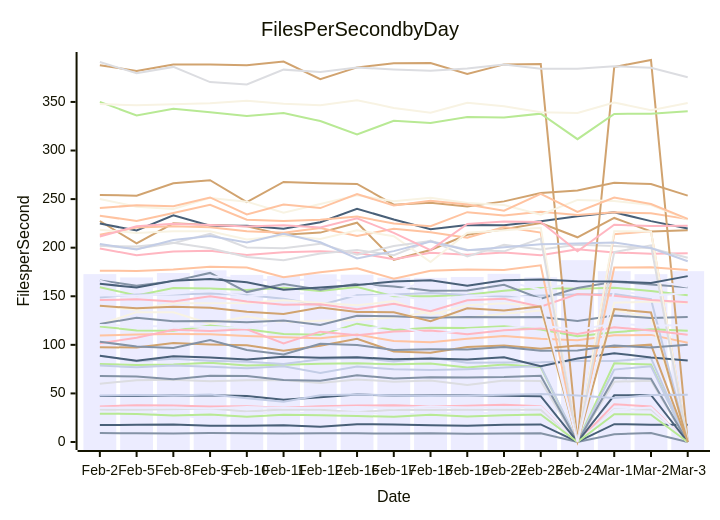
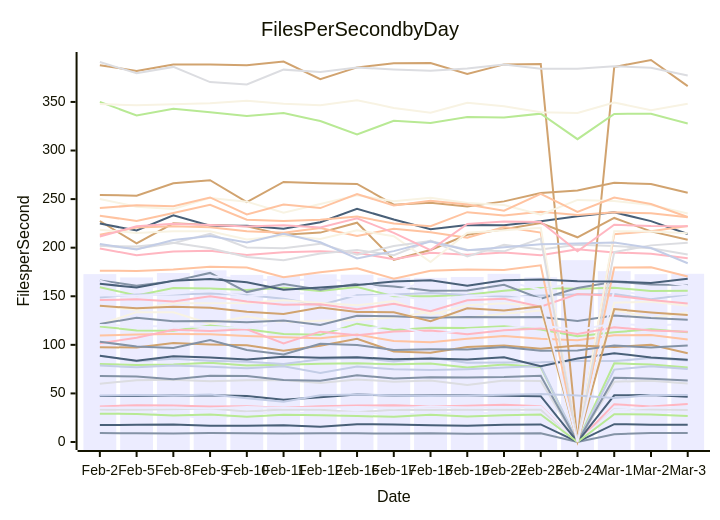
Before and after one commit to streetsidesoftware/cspell: the diagram in perf-report.md, drawn with Mermaid. The commit also changed other lines of this file and 1 other file, not shown here.

````diff
--- a/perf-report.md
+++ b/perf-report.md
@@ -10,57 +10,57 @@
 ```mermaid
 xychart-beta
     title Files Per Second by Day
     y-axis Files per Second
     x-axis Date [Feb-2, Feb-5, Feb-8, Feb-9, Feb-10, Feb-11, Feb-12, Feb-16, Feb-17, Feb-18, Feb-19, Feb-22, Feb-23, Feb-24, Mar-1, Mar-2, Mar-3]
-    bar [172.76, 169.39, 173.94, 176.68, 172.01, 170.80, 172.59, 172.20, 169.11, 168.97, 169.87, 173.10, 169.52, 187.14, 175.84, 172.73, 175.83]
-    line [9.14, 9.10, 8.87, 9.39, 9.10, 8.79, 9.11, 8.93, 8.64, 9.05, 8.51, 8.78, 8.98, 0.00, 8.08, 9.30, 0.00]
-    line [109.65, 110.63, 111.16, 110.94, 109.21, 107.83, 106.68, 110.60, 103.95, 102.58, 106.20, 108.99, 106.23, 104.62, 109.75, 110.24, 102.23]
-    line [33.23, 33.25, 33.77, 34.38, 31.28, 33.43, 33.24, 30.53, 33.31, 33.04, 33.28, 33.21, 33.17, 0.00, 33.83, 33.53, 0.00]
-    line [80.34, 79.32, 79.86, 81.63, 78.70, 79.41, 80.42, 80.99, 80.08, 80.78, 76.61, 79.69, 77.15, 0.00, 81.09, 79.76, 0.00]
-    line [227.45, 204.37, 225.14, 223.42, 222.08, 213.20, 215.50, 225.73, 187.50, 197.59, 213.32, 219.03, 225.40, 210.70, 230.59, 216.76, 217.85]
-    line [88.66, 83.22, 85.59, 83.52, 82.54, 80.25, 85.24, 86.74, 82.84, 86.83, 81.45, 81.71, 81.96, 83.41, 83.27, 86.38, 0.00]
-    line [199.11, 192.32, 196.15, 196.80, 192.49, 195.28, 196.29, 194.83, 188.10, 194.84, 192.66, 195.15, 192.32, 198.30, 195.10, 193.76, 194.27]
-    line [224.86, 217.64, 233.33, 222.49, 222.54, 219.50, 226.16, 240.10, 228.96, 219.08, 223.33, 223.11, 227.19, 232.41, 236.43, 227.34, 219.68]
-    line [121.09, 133.64, 133.48, 121.84, 129.06, 122.93, 124.68, 125.50, 128.25, 133.90, 127.83, 131.88, 135.36, 0.00, 136.13, 127.67, 0.00]
-    line [31.08, 29.80, 28.87, 23.26, 29.91, 29.82, 30.05, 30.35, 28.52, 29.28, 29.65, 29.97, 29.42, 0.00, 30.75, 30.31, 0.00]
-    line [121.54, 127.82, 124.27, 124.62, 123.31, 125.03, 120.42, 129.98, 129.47, 127.87, 128.69, 128.42, 128.71, 124.50, 130.30, 127.54, 128.65]
-    line [232.76, 227.56, 235.60, 244.14, 228.71, 227.46, 228.82, 232.02, 224.80, 222.16, 236.53, 233.14, 236.87, 233.63, 236.34, 235.42, 229.40]
-    line [201.87, 201.12, 204.97, 199.43, 190.33, 187.01, 193.91, 197.53, 192.34, 207.35, 190.87, 203.05, 198.23, 203.08, 201.82, 199.42, 189.65]
-    line [159.34, 150.93, 158.41, 157.97, 156.56, 158.71, 155.41, 159.62, 150.02, 150.05, 151.55, 155.58, 158.55, 157.69, 158.64, 155.43, 151.15]
-    line [254.20, 253.57, 266.34, 269.39, 246.86, 267.66, 266.35, 265.66, 244.28, 246.16, 242.48, 247.66, 256.36, 258.77, 266.75, 265.54, 253.58]
-    line [148.70, 151.93, 151.71, 152.93, 151.27, 147.55, 140.92, 151.13, 151.76, 153.31, 151.18, 149.85, 150.69, 151.72, 152.23, 147.00, 0.00]
-    line [36.65, 37.87, 37.52, 36.62, 36.71, 35.21, 36.78, 37.62, 37.74, 36.57, 37.30, 38.24, 36.77, 0.00, 38.95, 36.53, 0.00]
-    line [17.39, 17.79, 18.01, 16.74, 16.81, 17.17, 15.81, 18.35, 18.08, 17.18, 16.76, 17.88, 18.10, 0.00, 18.36, 17.88, 17.75]
-    line [140.14, 135.87, 142.86, 142.75, 143.10, 145.82, 143.11, 140.65, 144.98, 130.98, 140.65, 142.78, 139.39, 0.00, 143.34, 144.48, 142.96]
-    line [35.24, 35.24, 35.29, 34.51, 36.01, 35.10, 35.21, 35.98, 34.82, 36.43, 35.46, 35.84, 36.34, 0.00, 33.04, 35.60, 0.00]
-    line [166.16, 160.94, 165.57, 174.04, 154.30, 162.65, 156.66, 162.87, 159.96, 155.64, 155.90, 161.77, 147.50, 158.41, 164.95, 162.21, 159.40]
-    line [213.40, 220.70, 222.08, 221.01, 216.87, 215.38, 220.23, 212.12, 219.37, 215.84, 210.18, 221.20, 215.57, 0.00, 213.93, 216.92, 0.00]
-    line [59.94, 63.60, 64.06, 62.64, 63.65, 63.88, 60.68, 64.42, 62.12, 63.28, 58.66, 63.36, 62.75, 0.00, 62.13, 62.93, 0.00]
-    line [118.96, 114.84, 114.56, 119.99, 116.03, 111.12, 110.27, 121.81, 115.35, 117.70, 117.45, 119.10, 115.72, 108.80, 112.87, 116.15, 114.44]
-    line [387.86, 381.95, 388.55, 388.50, 387.75, 391.57, 373.53, 385.59, 389.88, 390.09, 378.81, 388.65, 389.04, 0.00, 385.97, 393.17, 0.00]
-    line [78.73, 76.88, 78.62, 77.47, 76.02, 78.07, 71.09, 77.64, 74.87, 74.07, 74.98, 76.63, 78.24, 0.00, 74.50, 78.01, 0.00]
-    line [146.04, 146.87, 144.71, 150.09, 144.64, 141.32, 141.68, 136.63, 142.32, 134.55, 145.82, 147.42, 139.34, 152.31, 150.56, 146.06, 143.87]
-    line [88.85, 83.51, 88.25, 87.06, 84.92, 87.81, 86.69, 87.24, 85.15, 85.90, 85.00, 87.17, 77.95, 85.83, 91.39, 87.06, 83.83]
-    line [218.52, 215.06, 216.88, 216.99, 208.40, 212.31, 208.84, 217.81, 211.80, 185.28, 215.46, 218.06, 220.51, 0.00, 217.03, 216.54, 0.00]
-    line [166.07, 155.61, 164.06, 170.66, 167.78, 165.93, 167.97, 164.38, 154.74, 166.79, 161.65, 166.00, 156.64, 164.50, 165.52, 166.31, 159.88]
-    line [67.83, 67.42, 64.50, 68.29, 67.95, 63.94, 63.10, 68.79, 65.40, 66.62, 66.45, 66.78, 68.09, 0.00, 66.08, 65.18, 0.00]
-    line [176.27, 176.08, 177.50, 180.37, 179.50, 169.53, 174.82, 178.71, 168.06, 176.19, 177.57, 176.95, 181.84, 0.00, 179.55, 179.86, 177.13]
-    line [202.30, 198.84, 204.68, 214.35, 200.27, 199.54, 204.14, 192.69, 201.75, 206.87, 197.87, 196.25, 209.40, 0.00, 195.54, 202.38, 0.00]
-    line [350.02, 336.18, 342.95, 339.36, 335.43, 338.51, 330.30, 316.59, 330.53, 328.24, 334.55, 334.07, 337.95, 311.68, 337.70, 337.83, 340.31]
-    line [97.62, 97.16, 101.86, 100.35, 99.46, 93.91, 99.01, 106.34, 93.17, 91.86, 97.86, 99.22, 96.08, 99.35, 97.75, 100.18, 0.00]
-    line [203.85, 198.04, 207.86, 211.91, 205.36, 214.41, 205.57, 188.86, 196.47, 206.41, 197.46, 200.43, 203.43, 204.23, 205.42, 199.64, 186.09]
-    line [101.57, 107.21, 115.59, 114.29, 115.98, 101.55, 113.56, 109.85, 113.73, 114.86, 110.85, 114.90, 116.94, 111.12, 118.08, 114.85, 110.32]
-    line [47.29, 47.35, 47.86, 48.05, 47.30, 43.46, 46.02, 48.76, 47.89, 47.85, 48.05, 47.61, 47.20, 0.00, 48.02, 48.37, 0.00]
-    line [250.17, 242.23, 239.94, 251.24, 247.36, 235.88, 244.92, 253.98, 247.84, 251.30, 245.99, 243.93, 233.93, 249.19, 248.13, 243.87, 228.82]
-    line [120.43, 119.43, 118.96, 118.43, 117.39, 122.51, 116.51, 115.88, 120.25, 110.42, 115.69, 117.45, 119.97, 115.23, 122.06, 119.72, 120.43]
-    line [103.18, 98.24, 96.65, 104.96, 94.67, 90.15, 101.17, 99.92, 94.76, 95.38, 95.32, 97.68, 93.94, 94.07, 99.29, 97.25, 100.19]
-    line [240.95, 243.60, 242.70, 251.69, 234.31, 244.51, 240.78, 255.22, 243.34, 248.23, 244.44, 238.03, 255.33, 236.79, 251.67, 244.89, 229.66]
-    line [391.09, 379.53, 386.07, 370.43, 367.95, 383.26, 380.80, 385.48, 383.39, 382.12, 384.41, 388.46, 384.20, 384.25, 386.70, 385.21, 375.42]
-    line [29.20, 28.78, 27.22, 28.25, 25.94, 28.04, 27.66, 26.73, 25.95, 28.09, 26.29, 27.51, 28.29, 0.00, 28.66, 28.18, 0.00]
-    line [140.20, 137.55, 139.32, 138.06, 134.03, 131.86, 138.50, 133.91, 133.44, 124.24, 137.70, 135.31, 139.52, 0.00, 136.77, 133.34, 0.00]
-    line [47.79, 48.42, 47.97, 48.95, 44.92, 41.33, 48.11, 48.93, 47.91, 47.47, 47.85, 48.58, 49.42, 47.74, 45.18, 48.29, 48.71]
-    line [211.45, 222.13, 224.72, 223.26, 221.76, 223.13, 220.88, 230.21, 215.32, 197.56, 224.48, 226.95, 226.51, 196.21, 223.62, 222.29, 222.56]
-    line [162.82, 158.93, 165.88, 167.89, 164.45, 156.78, 159.08, 161.56, 165.23, 166.55, 160.76, 166.40, 167.25, 165.44, 165.22, 163.69, 170.72]
-    line [347.78, 346.57, 347.57, 348.75, 351.19, 348.15, 346.62, 351.78, 343.88, 338.94, 349.19, 345.47, 339.39, 338.55, 349.45, 341.50, 348.85]
-    line [151.10, 150.58, 152.48, 156.02, 149.70, 153.17, 152.51, 149.58, 151.17, 145.28, 150.19, 152.37, 147.43, 0.00, 156.21, 150.30, 153.61]
+    bar [172.76, 169.39, 173.94, 176.68, 172.01, 170.80, 172.59, 172.20, 169.11, 168.97, 169.87, 173.10, 169.52, 187.14, 175.84, 172.73, 173.12]
+    line [9.14, 9.10, 8.87, 9.39, 9.10, 8.79, 9.11, 8.93, 8.64, 9.05, 8.51, 8.78, 8.98, 0.00, 8.08, 9.30, 9.29]
+    line [109.65, 110.63, 111.16, 110.94, 109.21, 107.83, 106.68, 110.60, 103.95, 102.58, 106.20, 108.99, 106.23, 104.62, 109.75, 110.24, 105.43]
+    line [33.23, 33.25, 33.77, 34.38, 31.28, 33.43, 33.24, 30.53, 33.31, 33.04, 33.28, 33.21, 33.17, 0.00, 33.83, 33.53, 33.04]
+    line [80.34, 79.32, 79.86, 81.63, 78.70, 79.41, 80.42, 80.99, 80.08, 80.78, 76.61, 79.69, 77.15, 0.00, 81.09, 79.76, 76.61]
+    line [227.45, 204.37, 225.14, 223.42, 222.08, 213.20, 215.50, 225.73, 187.50, 197.59, 213.32, 219.03, 225.40, 210.70, 230.59, 216.76, 208.19]
+    line [88.66, 83.22, 85.59, 83.52, 82.54, 80.25, 85.24, 86.74, 82.84, 86.83, 81.45, 81.71, 81.96, 83.41, 83.27, 86.38, 83.97]
+    line [199.11, 192.32, 196.15, 196.80, 192.49, 195.28, 196.29, 194.83, 188.10, 194.84, 192.66, 195.15, 192.32, 198.30, 195.10, 193.76, 189.05]
+    line [224.86, 217.64, 233.33, 222.49, 222.54, 219.50, 226.16, 240.10, 228.96, 219.08, 223.33, 223.11, 227.19, 232.41, 236.43, 227.34, 214.04]
+    line [121.09, 133.64, 133.48, 121.84, 129.06, 122.93, 124.68, 125.50, 128.25, 133.90, 127.83, 131.88, 135.36, 0.00, 136.13, 127.67, 133.17]
+    line [31.08, 29.80, 28.87, 23.26, 29.91, 29.82, 30.05, 30.35, 28.52, 29.28, 29.65, 29.97, 29.42, 0.00, 30.75, 30.31, 31.00]
+    line [121.54, 127.82, 124.27, 124.62, 123.31, 125.03, 120.42, 129.98, 129.47, 127.87, 128.69, 128.42, 128.71, 124.50, 130.30, 127.54, 125.91]
+    line [232.76, 227.56, 235.60, 244.14, 228.71, 227.46, 228.82, 232.02, 224.80, 222.16, 236.53, 233.14, 236.87, 233.63, 236.34, 235.42, 231.42]
+    line [201.87, 201.12, 204.97, 199.43, 190.33, 187.01, 193.91, 197.53, 192.34, 207.35, 190.87, 203.05, 198.23, 203.08, 201.82, 199.42, 193.05]
+    line [159.34, 150.93, 158.41, 157.97, 156.56, 158.71, 155.41, 159.62, 150.02, 150.05, 151.55, 155.58, 158.55, 157.69, 158.64, 155.43, 155.59]
+    line [254.20, 253.57, 266.34, 269.39, 246.86, 267.66, 266.35, 265.66, 244.28, 246.16, 242.48, 247.66, 256.36, 258.77, 266.75, 265.54, 256.56]
+    line [148.70, 151.93, 151.71, 152.93, 151.27, 147.55, 140.92, 151.13, 151.76, 153.31, 151.18, 149.85, 150.69, 151.72, 152.23, 147.00, 151.76]
+    line [36.65, 37.87, 37.52, 36.62, 36.71, 35.21, 36.78, 37.62, 37.74, 36.57, 37.30, 38.24, 36.77, 0.00, 38.95, 36.53, 39.12]
+    line [17.39, 17.79, 18.01, 16.74, 16.81, 17.17, 15.81, 18.35, 18.08, 17.18, 16.76, 17.88, 18.10, 0.00, 18.36, 17.88, 17.71]
+    line [140.14, 135.87, 142.86, 142.75, 143.10, 145.82, 143.11, 140.65, 144.98, 130.98, 140.65, 142.78, 139.39, 0.00, 143.34, 144.48, 140.35]
+    line [35.24, 35.24, 35.29, 34.51, 36.01, 35.10, 35.21, 35.98, 34.82, 36.43, 35.46, 35.84, 36.34, 0.00, 33.04, 35.60, 35.43]
+    line [166.16, 160.94, 165.57, 174.04, 154.30, 162.65, 156.66, 162.87, 159.96, 155.64, 155.90, 161.77, 147.50, 158.41, 164.95, 162.21, 161.66]
+    line [213.40, 220.70, 222.08, 221.01, 216.87, 215.38, 220.23, 212.12, 219.37, 215.84, 210.18, 221.20, 215.57, 0.00, 213.93, 216.92, 222.40]
+    line [59.94, 63.60, 64.06, 62.64, 63.65, 63.88, 60.68, 64.42, 62.12, 63.28, 58.66, 63.36, 62.75, 0.00, 62.13, 62.93, 60.30]
+    line [118.96, 114.84, 114.56, 119.99, 116.03, 111.12, 110.27, 121.81, 115.35, 117.70, 117.45, 119.10, 115.72, 108.80, 112.87, 116.15, 112.84]
+    line [387.86, 381.95, 388.55, 388.50, 387.75, 391.57, 373.53, 385.59, 389.88, 390.09, 378.81, 388.65, 389.04, 0.00, 385.97, 393.17, 366.22]
+    line [78.73, 76.88, 78.62, 77.47, 76.02, 78.07, 71.09, 77.64, 74.87, 74.07, 74.98, 76.63, 78.24, 0.00, 74.50, 78.01, 75.20]
+    line [146.04, 146.87, 144.71, 150.09, 144.64, 141.32, 141.68, 136.63, 142.32, 134.55, 145.82, 147.42, 139.34, 152.31, 150.56, 146.06, 142.51]
+    line [88.85, 83.51, 88.25, 87.06, 84.92, 87.81, 86.69, 87.24, 85.15, 85.90, 85.00, 87.17, 77.95, 85.83, 91.39, 87.06, 84.70]
+    line [218.52, 215.06, 216.88, 216.99, 208.40, 212.31, 208.84, 217.81, 211.80, 185.28, 215.46, 218.06, 220.51, 0.00, 217.03, 216.54, 214.81]
+    line [166.07, 155.61, 164.06, 170.66, 167.78, 165.93, 167.97, 164.38, 154.74, 166.79, 161.65, 166.00, 156.64, 164.50, 165.52, 166.31, 160.81]
+    line [67.83, 67.42, 64.50, 68.29, 67.95, 63.94, 63.10, 68.79, 65.40, 66.62, 66.45, 66.78, 68.09, 0.00, 66.08, 65.18, 63.33]
+    line [176.27, 176.08, 177.50, 180.37, 179.50, 169.53, 174.82, 178.71, 168.06, 176.19, 177.57, 176.95, 181.84, 0.00, 179.55, 179.86, 170.30]
+    line [202.30, 198.84, 204.68, 214.35, 200.27, 199.54, 204.14, 192.69, 201.75, 206.87, 197.87, 196.25, 209.40, 0.00, 195.54, 202.38, 205.07]
+    line [350.02, 336.18, 342.95, 339.36, 335.43, 338.51, 330.30, 316.59, 330.53, 328.24, 334.55, 334.07, 337.95, 311.68, 337.70, 337.83, 327.73]
+    line [97.62, 97.16, 101.86, 100.35, 99.46, 93.91, 99.01, 106.34, 93.17, 91.86, 97.86, 99.22, 96.08, 99.35, 97.75, 100.18, 91.38]
+    line [203.85, 198.04, 207.86, 211.91, 205.36, 214.41, 205.57, 188.86, 196.47, 206.41, 197.46, 200.43, 203.43, 204.23, 205.42, 199.64, 183.98]
+    line [101.57, 107.21, 115.59, 114.29, 115.98, 101.55, 113.56, 109.85, 113.73, 114.86, 110.85, 114.90, 116.94, 111.12, 118.08, 114.85, 113.41]
+    line [47.29, 47.35, 47.86, 48.05, 47.30, 43.46, 46.02, 48.76, 47.89, 47.85, 48.05, 47.61, 47.20, 0.00, 48.02, 48.37, 46.65]
+    line [250.17, 242.23, 239.94, 251.24, 247.36, 235.88, 244.92, 253.98, 247.84, 251.30, 245.99, 243.93, 233.93, 249.19, 248.13, 243.87, 235.18]
+    line [120.43, 119.43, 118.96, 118.43, 117.39, 122.51, 116.51, 115.88, 120.25, 110.42, 115.69, 117.45, 119.97, 115.23, 122.06, 119.72, 121.74]
+    line [103.18, 98.24, 96.65, 104.96, 94.67, 90.15, 101.17, 99.92, 94.76, 95.38, 95.32, 97.68, 93.94, 94.07, 99.29, 97.25, 99.30]
+    line [240.95, 243.60, 242.70, 251.69, 234.31, 244.51, 240.78, 255.22, 243.34, 248.23, 244.44, 238.03, 255.33, 236.79, 251.67, 244.89, 231.60]
+    line [391.09, 379.53, 386.07, 370.43, 367.95, 383.26, 380.80, 385.48, 383.39, 382.12, 384.41, 388.46, 384.20, 384.25, 386.70, 385.21, 377.31]
+    line [29.20, 28.78, 27.22, 28.25, 25.94, 28.04, 27.66, 26.73, 25.95, 28.09, 26.29, 27.51, 28.29, 0.00, 28.66, 28.18, 26.80]
+    line [140.20, 137.55, 139.32, 138.06, 134.03, 131.86, 138.50, 133.91, 133.44, 124.24, 137.70, 135.31, 139.52, 0.00, 136.77, 133.34, 130.67]
+    line [47.79, 48.42, 47.97, 48.95, 44.92, 41.33, 48.11, 48.93, 47.91, 47.47, 47.85, 48.58, 49.42, 47.74, 45.18, 48.29, 48.37]
+    line [211.45, 222.13, 224.72, 223.26, 221.76, 223.13, 220.88, 230.21, 215.32, 197.56, 224.48, 226.95, 226.51, 196.21, 223.62, 222.29, 222.12]
+    line [162.82, 158.93, 165.88, 167.89, 164.45, 156.78, 159.08, 161.56, 165.23, 166.55, 160.76, 166.40, 167.25, 165.44, 165.22, 163.69, 167.94]
+    line [347.78, 346.57, 347.57, 348.75, 351.19, 348.15, 346.62, 351.78, 343.88, 338.94, 349.19, 345.47, 339.39, 338.55, 349.45, 341.50, 348.07]
+    line [151.10, 150.58, 152.48, 156.02, 149.70, 153.17, 152.51, 149.58, 151.17, 145.28, 150.19, 152.37, 147.43, 0.00, 156.21, 150.30, 152.62]
 ```
````
